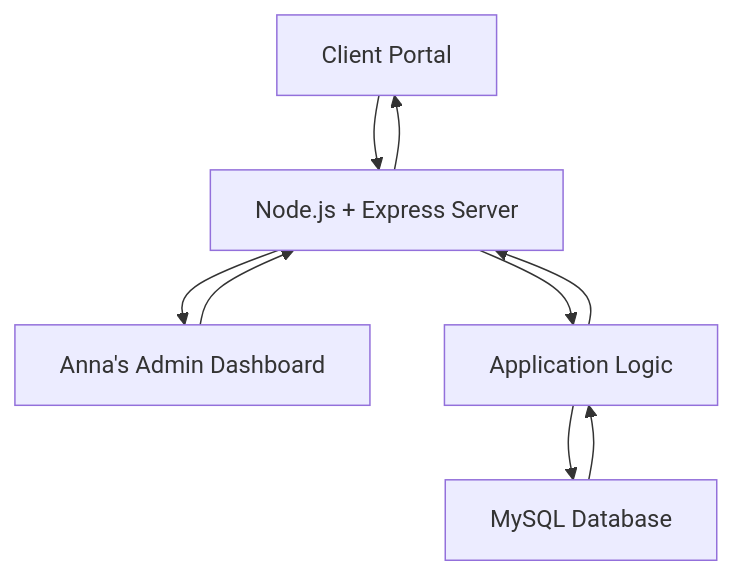
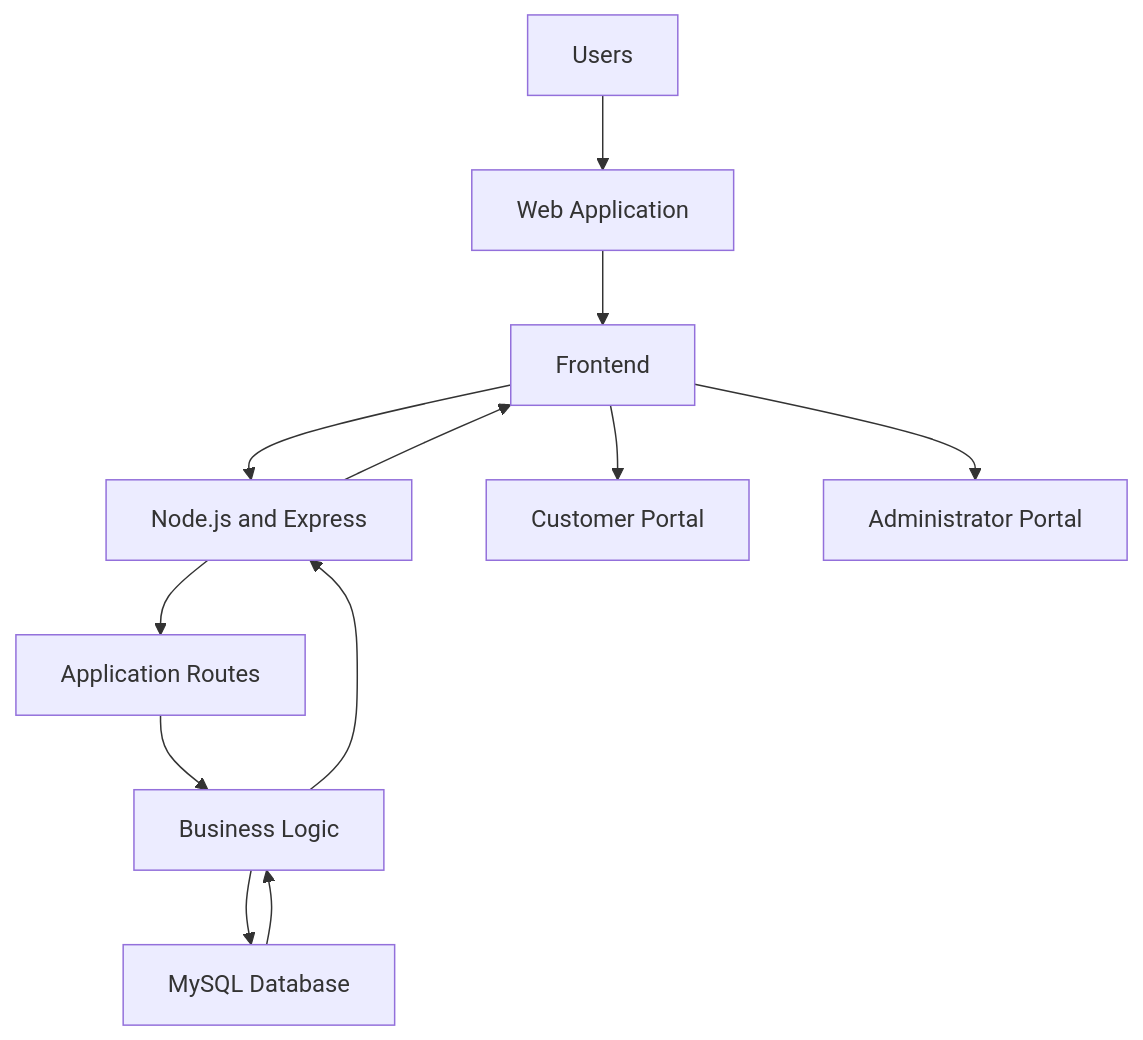
Before and after one commit to rifahtas/DSE_6.1k_FlooringManagementSystem: the first of 3 diagrams in README.md, drawn with Mermaid. The commit also changed other lines of this file, not shown here.

````diff
--- a/README.md
+++ b/README.md
@@ -47,11 +88,14 @@
 ```mermaid
 flowchart TD
-    A["Client Portal"] --> C["Node.js + Express Server"]
-    B["Anna's Admin Dashboard"] --> C
-    C --> D["Application Logic"]
-    D --> E["MySQL Database"]
-    E --> D
+    A[Users] --> B[Web Application]
+    B --> C[Frontend]
+    C --> D[Node.js and Express]
+    D --> E[Application Routes]
+    E --> F[Business Logic]
+    F --> G[MySQL Database]
+    G --> F
+    F --> D
     D --> C
-    C --> A
-    C --> B
+    C --> H[Customer Portal]
+    C --> I[Administrator Portal]
 ```
````
